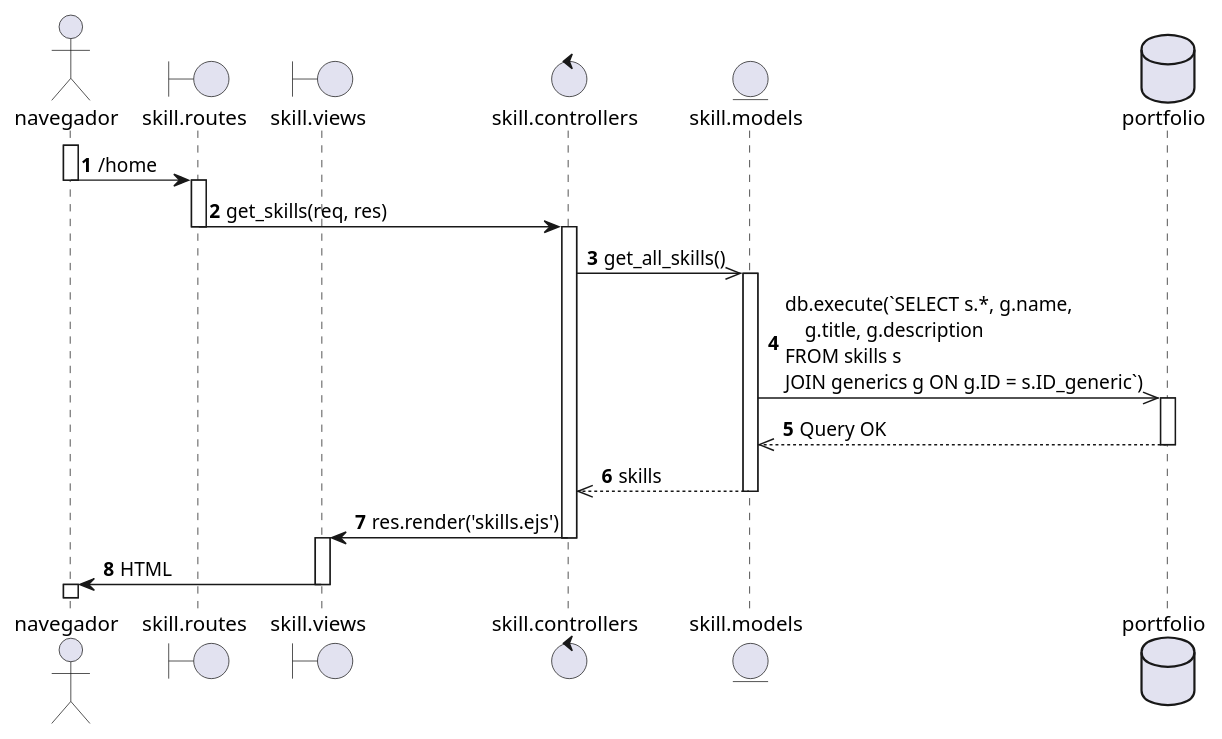
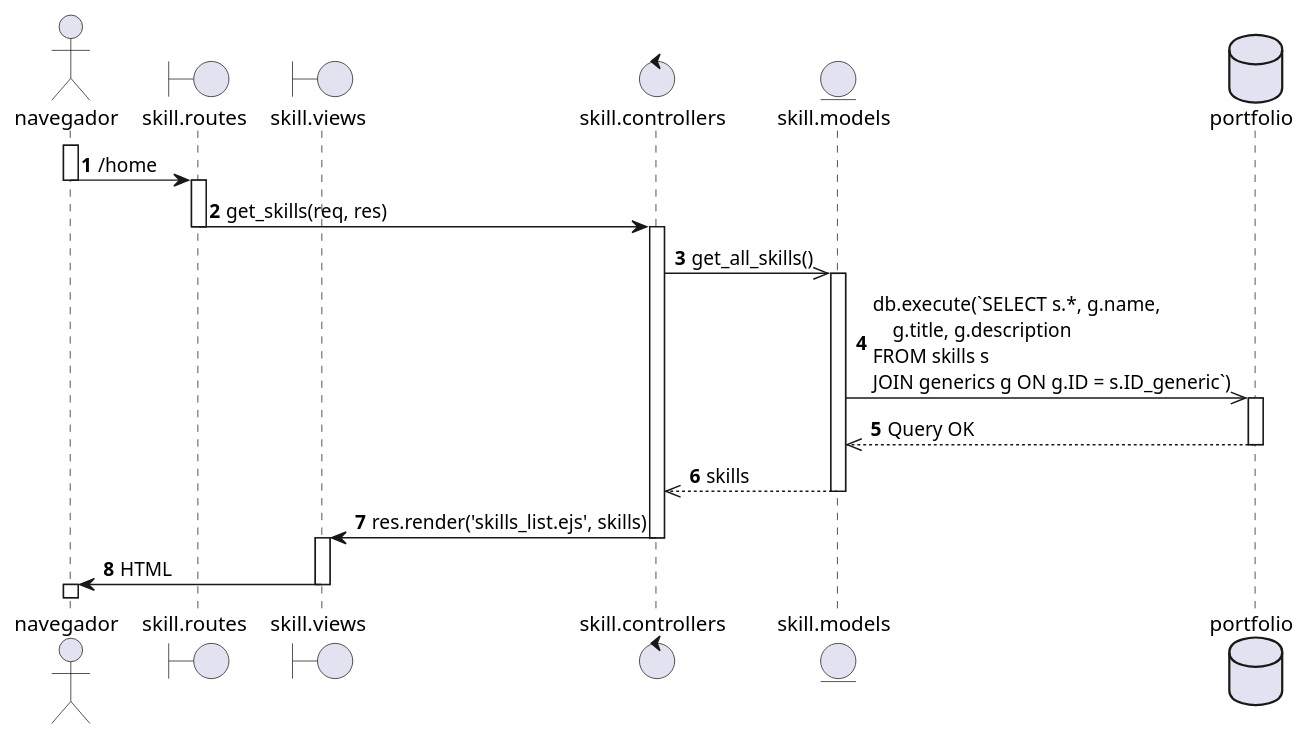
The diagram in Diagramas/Secuencia/CU02_U_Consultar_habilidades.puml (YaelChar417/portfolio), drawn with PlantUML before and after one commit. The commit also changed 5 other files, not shown here.

Commit message:
Feature: diagrama de secuencia del CU03 terminado y actualizados CU01, 02 para mostrar claridad de donde renderizar la pagina

```diff
--- a/Diagramas/Secuencia/CU02_U_Consultar_habilidades.puml
+++ b/Diagramas/Secuencia/CU02_U_Consultar_habilidades.puml
@@ -1,42 +1,42 @@
 @startuml 
 
 autonumber
 
 actor navegador as nav
 boundary "skill.routes" as routes
 boundary "skill.views" as view
 control "skill.controllers" as controller
 entity "skill.models" as model
 database portfolio as db 
 
 activate nav
 nav -> routes: /home
 deactivate nav
 
 activate routes
 routes -> controller: get_skills(req, res)
 deactivate routes
 
 activate controller
 controller ->> model: get_all_skills()
 
 activate model 
 model ->> db: db.execute(`SELECT s.*, g.name, \n    g.title, g.description \nFROM skills s \nJOIN generics g ON g.ID = s.ID_generic`)
 
 activate db
 db -->> model: Query OK
 deactivate db
 
 model -->> controller: skills
 deactivate model
 
-controller -> view: res.render('skills.ejs')
+controller -> view: res.render('skills_list.ejs', skills)
 deactivate controller
 
 activate view
 view -> nav: HTML
 deactivate view
 
 activate nav
 
 @enduml
```
